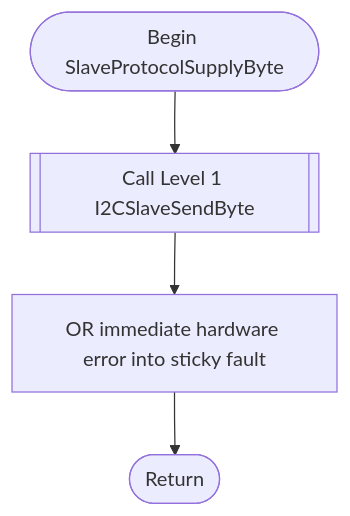
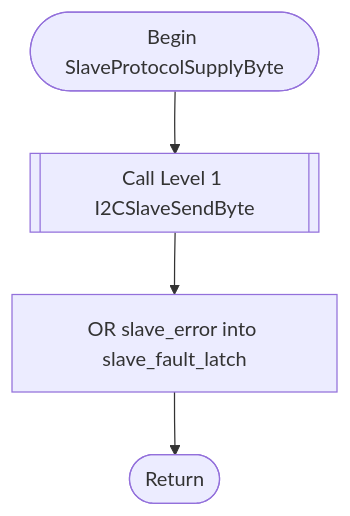
Before and after one commit to rosstimo/RCET3375: the ninth of 10 diagrams in LabAssignments/support/Lab10-I2C-Slave-Three-Level-Student-Guide.md, drawn with Mermaid. The commit also changed other lines of this file, not shown here.

Commit message:
Align Level 2 flowcharts with explicit protocol-state branch conditions

````diff
--- a/LabAssignments/support/Lab10-I2C-Slave-Three-Level-Student-Guide.md
+++ b/LabAssignments/support/Lab10-I2C-Slave-Three-Level-Student-Guide.md
@@ -304,6 +306,6 @@
 ```mermaid
 flowchart TD
-    Begin([Begin SlaveProtocolSupplyByte]) --> Send[[Call Level 1 I2CSlaveSendByte]]
-    Send --> Fault["OR immediate hardware error into sticky fault"]
-    Fault --> Exit([Return])
+    Begin(["Begin SlaveProtocolSupplyByte"]) --> Send[[Call Level 1 I2CSlaveSendByte]]
+    Send --> Latch["OR slave_error into slave_fault_latch"]
+    Latch --> Exit(["Return"])
 ```
````
